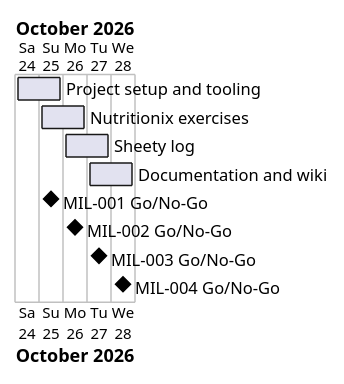
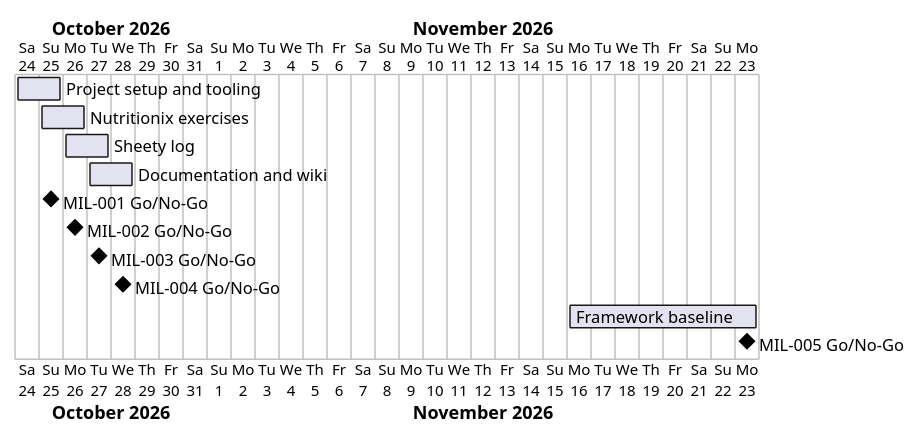
One commit to Tirsvad-Udemy-100-days-of-code/038-nutritionix changed the diagram in docs/project-plan.md. Above: the diagram before and after it, drawn with PlantUML. The commit also changed other lines of this file and 15 other files, not shown here.

First line of the commit message:
MIL-005 Framework baseline

````diff
--- a/docs/project-plan.md
+++ b/docs/project-plan.md
@@ -40,13 +43,15 @@
 ```plantuml
 @startgantt
 Project starts 2026-10-24
 [Project setup and tooling] starts 2026-10-24 and ends 2026-10-25
 [Nutritionix exercises] starts 2026-10-25 and ends 2026-10-26
 [Sheety log] starts 2026-10-26 and ends 2026-10-27
 [Documentation and wiki] starts 2026-10-27 and ends 2026-10-28
 [MIL-001 Go/No-Go] happens 2026-10-25
 [MIL-002 Go/No-Go] happens 2026-10-26
 [MIL-003 Go/No-Go] happens 2026-10-27
 [MIL-004 Go/No-Go] happens 2026-10-28
+[Framework baseline] starts 2026-11-16 and ends 2026-11-23
+[MIL-005 Go/No-Go] happens 2026-11-23
 @endgantt
 ```
````
